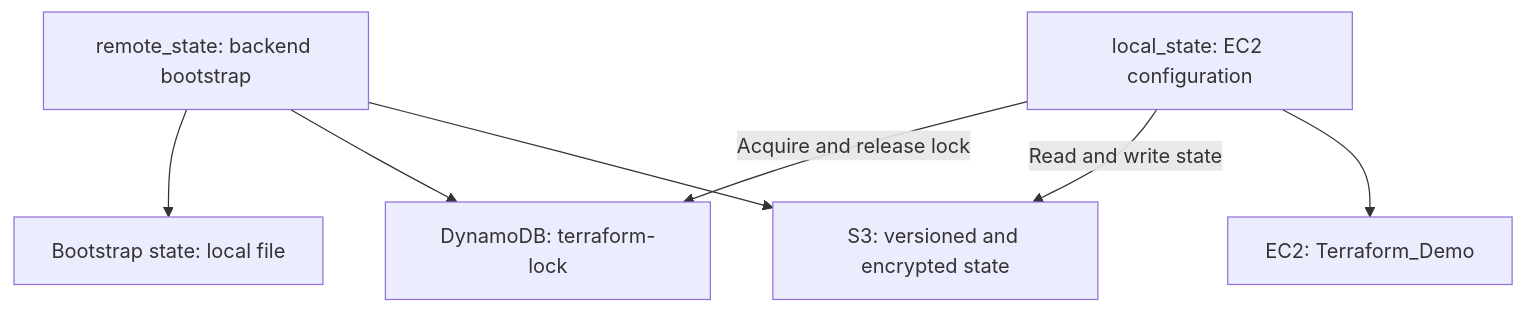
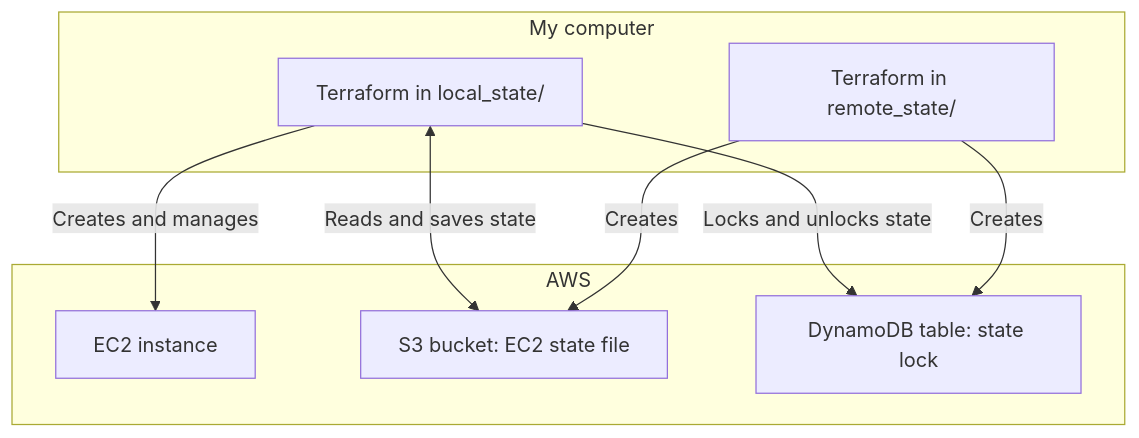
Before and after one commit to ramasubramanian06/Terraform-project: the diagram in README.md, drawn with Mermaid.

Commit message:
Enhance README with architecture diagram
Added a detailed architecture diagram using mermaid syntax to illustrate the interactions between local and remote states, EC2 instances, and storage solutions.

````diff
--- a/README.md
+++ b/README.md
@@ -37,9 +37,19 @@
 ```mermaid
 flowchart TD
-    Bootstrap["remote_state: backend bootstrap"] --> Bucket["S3: versioned and encrypted state"]
-    Bootstrap --> Locks["DynamoDB: terraform-lock"]
-    Bootstrap --> Local["Bootstrap state: local file"]
-    App["local_state: EC2 configuration"] --> EC2["EC2: Terraform_Demo"]
-    App -->|Read and write state| Bucket
-    App -->|Acquire and release lock| Locks
+    subgraph Computer["My computer"]
+        InstanceCode["Terraform in local_state/"]
+        StorageCode["Terraform in remote_state/"]
+    end
+
+    subgraph AWS["AWS"]
+        EC2["EC2 instance"]
+        S3["S3 bucket: EC2 state file"]
+        DB["DynamoDB table: state lock"]
+    end
+
+    InstanceCode -->|Creates and manages| EC2
+    InstanceCode <-->|Reads and saves state| S3
+    InstanceCode -->|Locks and unlocks state| DB
+    StorageCode -->|Creates| S3
+    StorageCode -->|Creates| DB
 ```
````
